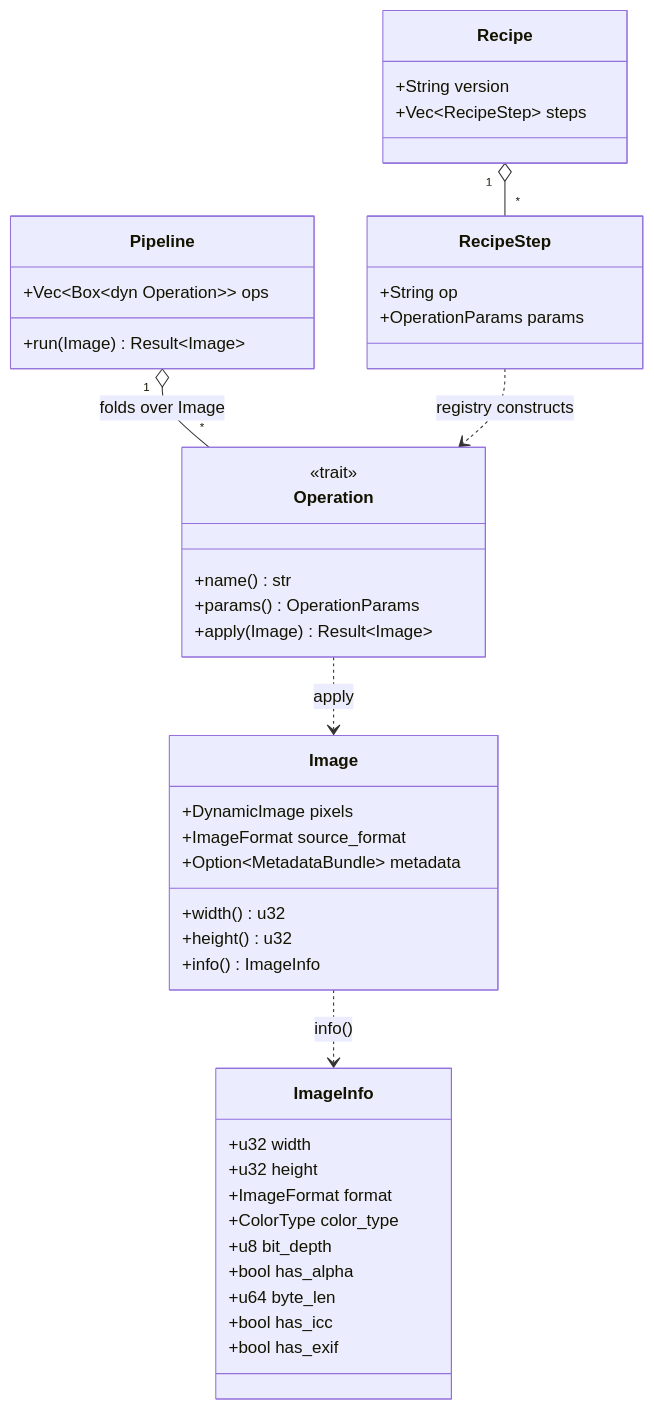
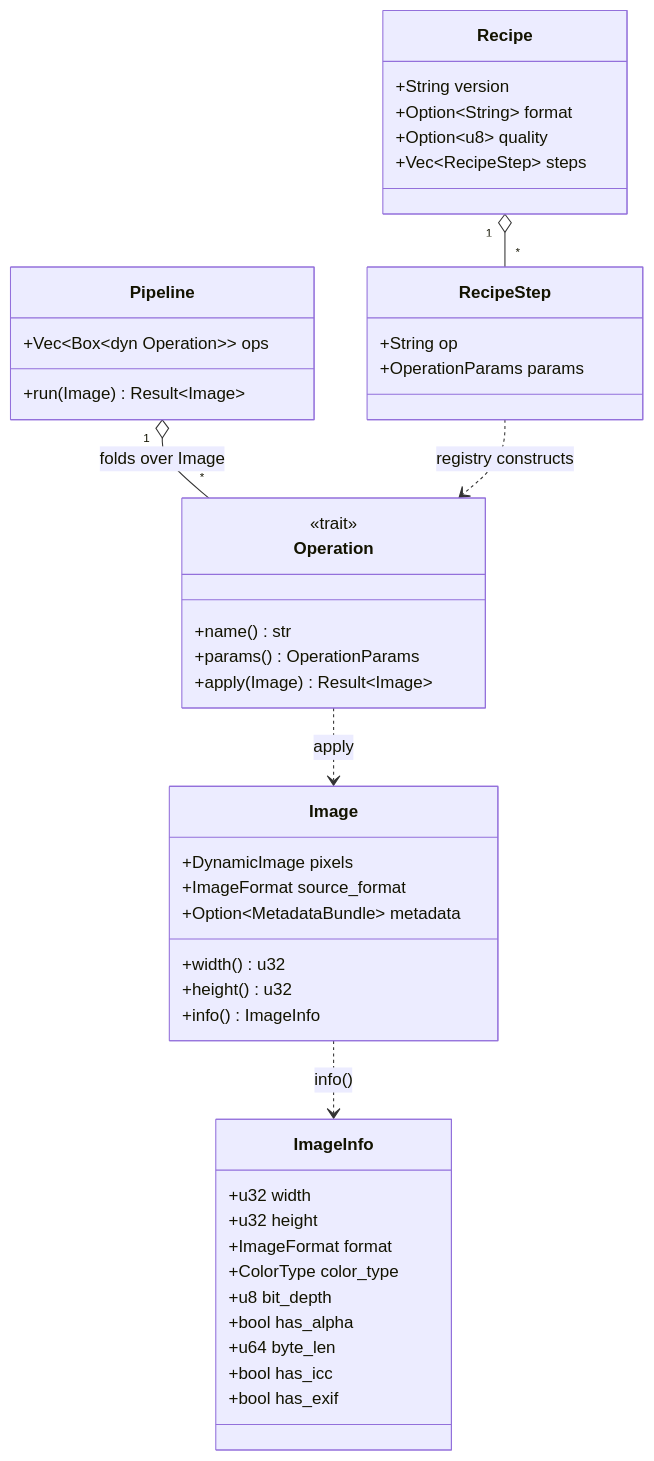
One commit to jysf/crustyimg changed the diagram in docs/data-model.md. Above: the diagram before and after it, drawn with Mermaid. The commit also changed other lines of this file and 15 other files, not shown here.

First line of the commit message:
feat(recipe): recipes carry format and quality (SPEC-127) (#188)

````diff
--- a/docs/data-model.md
+++ b/docs/data-model.md
@@ -14,45 +14,47 @@
 ```mermaid
 classDiagram
     class Image {
         +DynamicImage pixels
         +ImageFormat source_format
         +Option~MetadataBundle~ metadata
         +width() u32
         +height() u32
         +info() ImageInfo
     }
     class ImageInfo {
         +u32 width
         +u32 height
         +ImageFormat format
         +ColorType color_type
         +u8 bit_depth
         +bool has_alpha
         +u64 byte_len
         +bool has_icc
         +bool has_exif
     }
     class Operation {
         <<trait>>
         +name() str
         +params() OperationParams
         +apply(Image) Result~Image~
     }
     class Pipeline {
         +Vec~Box~dyn Operation~~ ops
         +run(Image) Result~Image~
     }
     class Recipe {
         +String version
+        +Option~String~ format
+        +Option~u8~ quality
         +Vec~RecipeStep~ steps
     }
     class RecipeStep {
         +String op
         +OperationParams params
     }
     Pipeline "1" o-- "*" Operation : folds over Image
     Recipe "1" o-- "*" RecipeStep
     RecipeStep ..> Operation : registry constructs
     Operation ..> Image : apply
     Image ..> ImageInfo : info()
 ```
````
